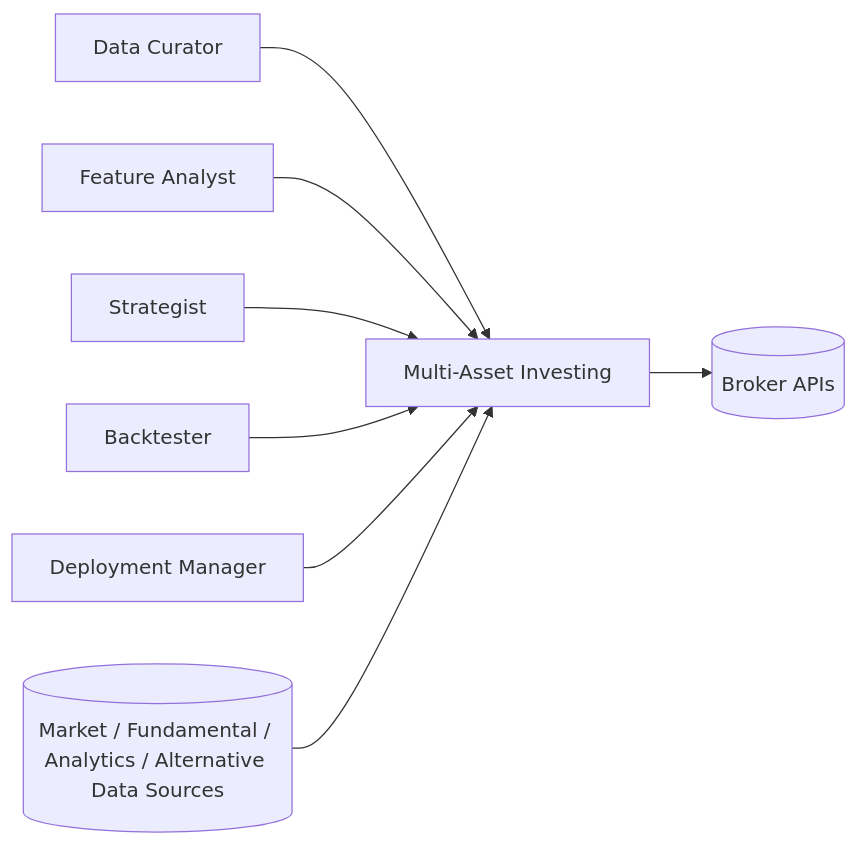
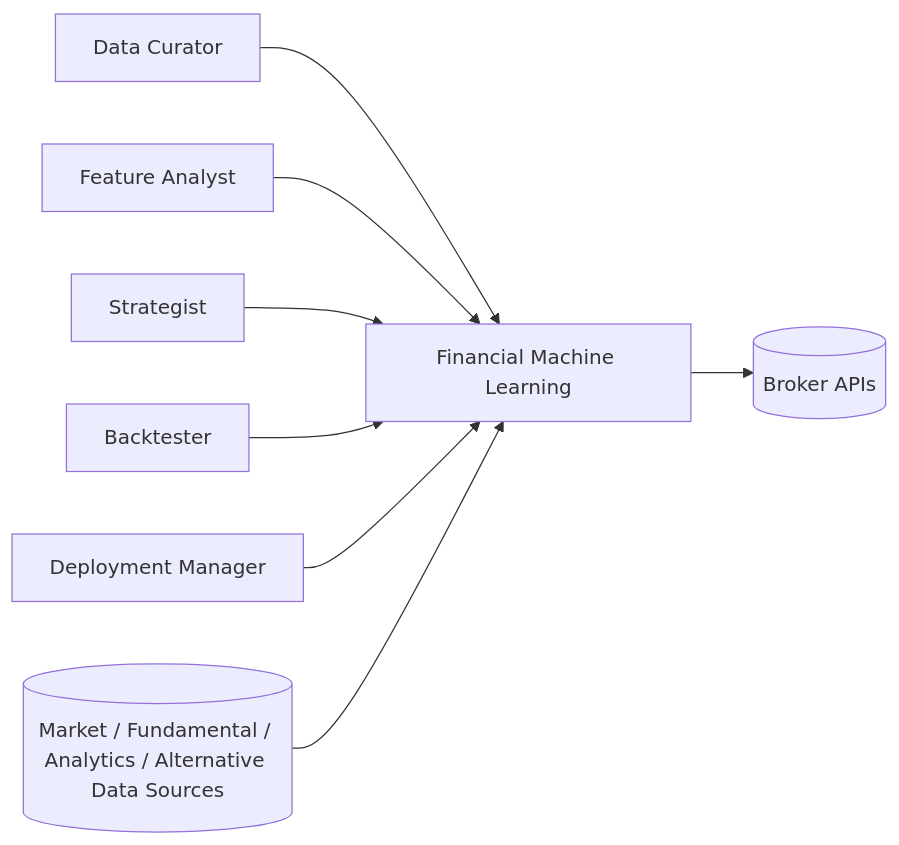
The first of 7 diagrams in docs/architecture.md (kwonjunhyuk9/financial-machine-learning), drawn with Mermaid before and after one commit. The commit also changed other lines of this file and 3 other files, not shown here.

````diff
--- a/docs/architecture.md
+++ b/docs/architecture.md
@@ -18,18 +18,18 @@
 ```mermaid
 flowchart LR
     dc[Data Curator]
     fa[Feature Analyst]
     st[Strategist]
     bt[Backtester]
     dm[Deployment Manager]
     ext[(Market / Fundamental / Analytics / Alternative Data Sources)]
     broker[(Broker APIs)]
-    sys[Multi-Asset Investing]
+    sys[Financial Machine Learning]
     dc --> sys
     fa --> sys
     st --> sys
     bt --> sys
     dm --> sys
     ext --> sys
     sys --> broker
 ```
````
